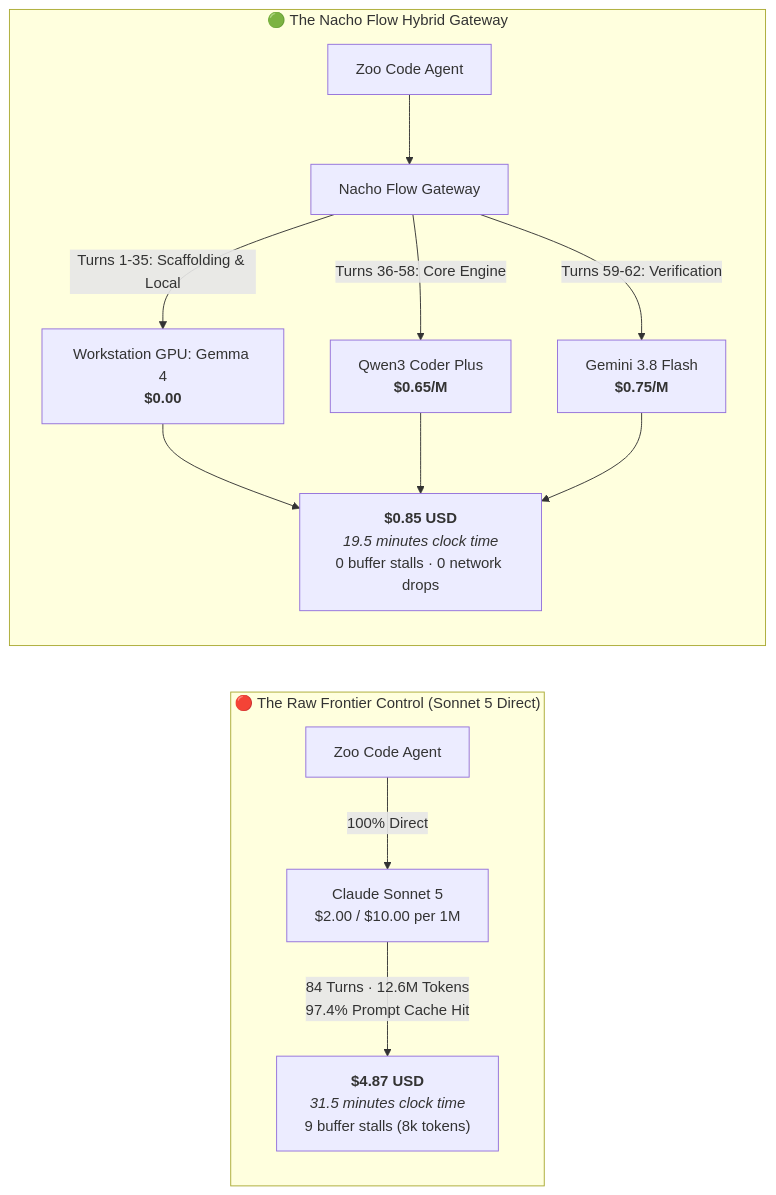
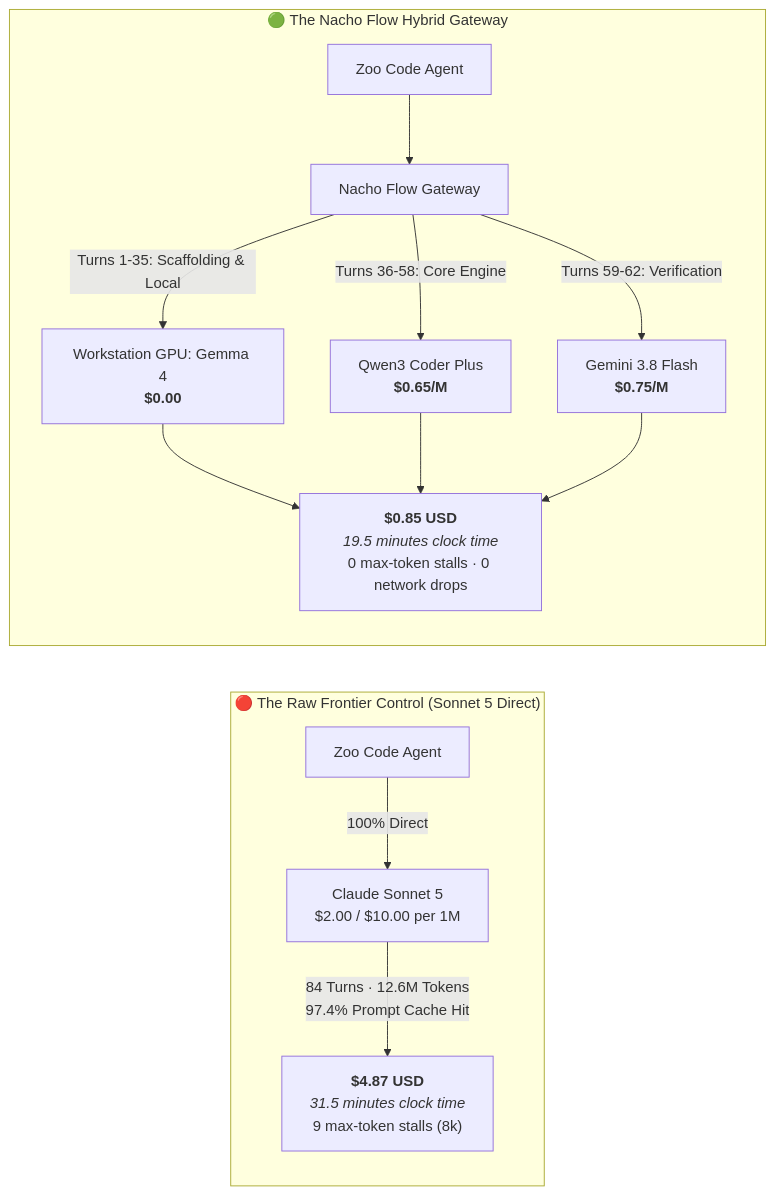
The first of 12 diagrams in site/docs/FRONTIER_CONTROL_STUDY_2026.md (dixieflatline76/nacho-flow), drawn with Mermaid before and after one commit. The commit also changed other lines of this file and 1 other file, not shown here.

````diff
--- a/site/docs/FRONTIER_CONTROL_STUDY_2026.md
+++ b/site/docs/FRONTIER_CONTROL_STUDY_2026.md
@@ -28,15 +34,15 @@
 ```mermaid
 flowchart LR
     subgraph RawControl["🔴 The Raw Frontier Control (Sonnet 5 Direct)"]
         Z1["Zoo Code Agent"] -->|100% Direct| S5["Claude Sonnet 5<br/>$2.00 / $10.00 per 1M"]
-        S5 -->|84 Turns · 12.6M Tokens<br/>97.4% Prompt Cache Hit| Bill1["<b>$4.87 USD</b><br/><i>31.5 minutes clock time</i><br/>9 buffer stalls (8k tokens)"]
+        S5 -->|84 Turns · 12.6M Tokens<br/>97.4% Prompt Cache Hit| Bill1["<b>$4.87 USD</b><br/><i>31.5 minutes clock time</i><br/>9 max-token stalls (8k)"]
     end
 
     subgraph NachoGateway["🟢 The Nacho Flow Hybrid Gateway"]
         Z2["Zoo Code Agent"] --> NF["Nacho Flow Gateway"]
         NF -->|Turns 1-35: Scaffolding & Local| Local["Workstation GPU: Gemma 4<br/><b>$0.00</b>"]
         NF -->|Turns 36-58: Core Engine| Qwen["Qwen3 Coder Plus<br/><b>$0.65/M</b>"]
         NF -->|Turns 59-62: Verification| Gemini["Gemini 3.8 Flash<br/><b>$0.75/M</b>"]
-        Local & Qwen & Gemini --> Bill2["<b>$0.85 USD</b><br/><i>19.5 minutes clock time</i><br/>0 buffer stalls · 0 network drops"]
+        Local & Qwen & Gemini --> Bill2["<b>$0.85 USD</b><br/><i>19.5 minutes clock time</i><br/>0 max-token stalls · 0 network drops"]
     end
 ```
````
